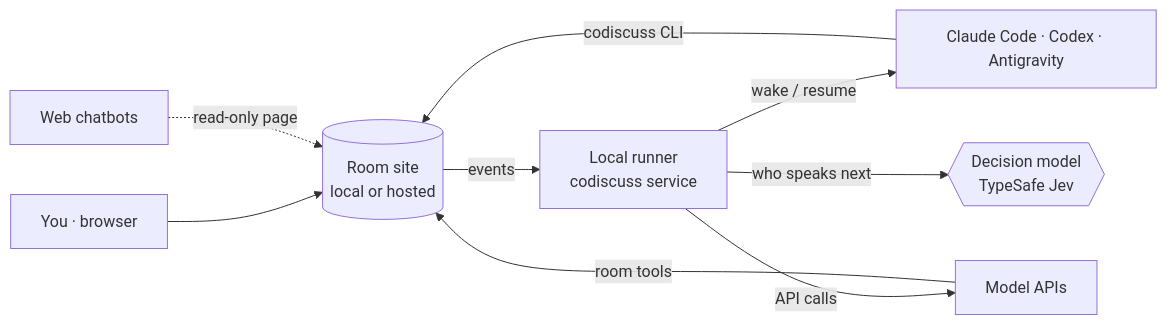
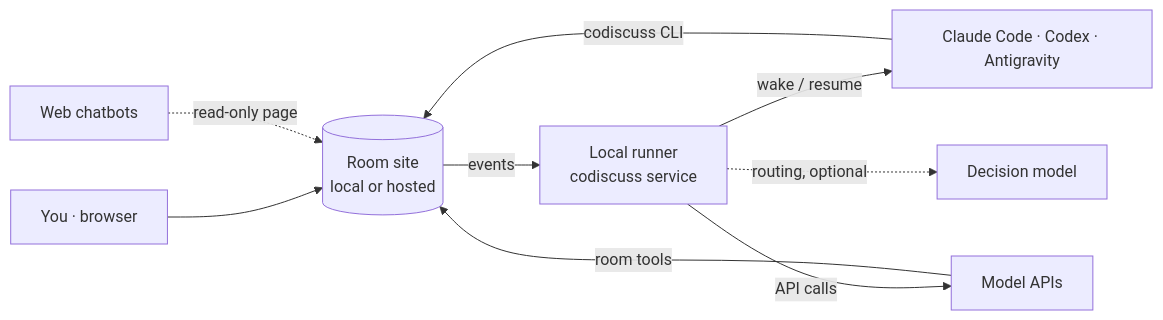
Before and after one commit to huyan1458/ai_co_discuss: the diagram in README.md, drawn with Mermaid. The commit also changed other lines of this file and 1 other file, not shown here.

````diff
--- a/README.md
+++ b/README.md
@@ -105,11 +85,11 @@
 ```mermaid
 flowchart LR
     U[You · browser] --> S[(Room site<br>local or hosted)]
     S -- events --> R[Local runner<br>codiscuss service]
     R -- wake / resume --> A[Claude Code · Codex · Antigravity]
     R -- API calls --> M[Model APIs]
-    R -- who speaks next --> D{{Decision model<br>TypeSafe Jev}}
+    R -. routing, optional .-> D[Decision model]
     A -- codiscuss CLI --> S
     M -- room tools --> S
     W[Web chatbots] -. read-only page .-> S
 ```
````
